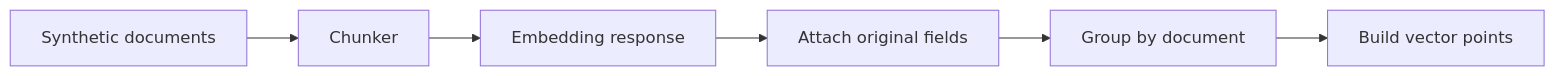
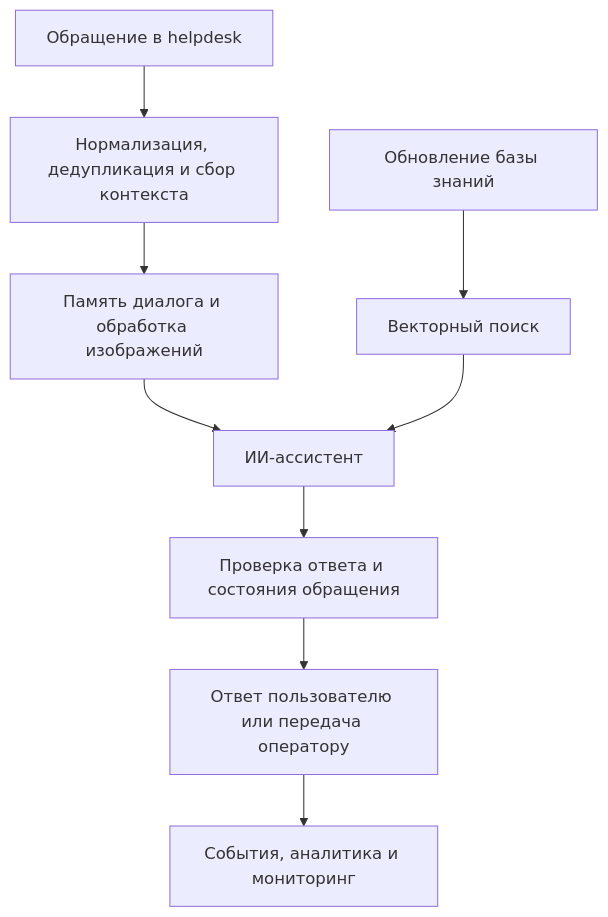
Before and after one commit to sund0me/portfolio: the diagram in project-1/README.md, drawn with Mermaid. The commit also changed other lines of this file and 4 other files, not shown here.

````diff
--- a/project-1/README.md
+++ b/project-1/README.md
@@ -7,8 +60,11 @@
 ```mermaid
-flowchart LR
-  D["Synthetic documents"] --> C["Chunker"]
-  C --> E["Embedding response"]
-  E --> A["Attach original fields"]
-  A --> G["Group by document"]
-  G --> P["Build vector points"]
+flowchart TD
+  A["Обращение в helpdesk"] --> B["Нормализация, дедупликация и сбор контекста"]
+  B --> C["Память диалога и обработка изображений"]
+  K["Обновление базы знаний"] --> R["Векторный поиск"]
+  C --> D["ИИ-ассистент"]
+  R --> D
+  D --> E["Проверка ответа и состояния обращения"]
+  E --> F["Ответ пользователю или передача оператору"]
+  F --> G["События, аналитика и мониторинг"]
 ```
````
